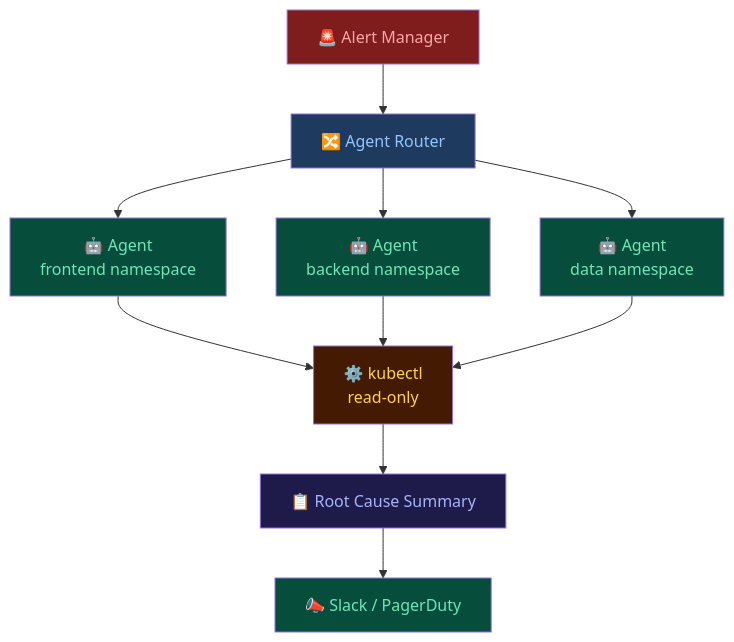
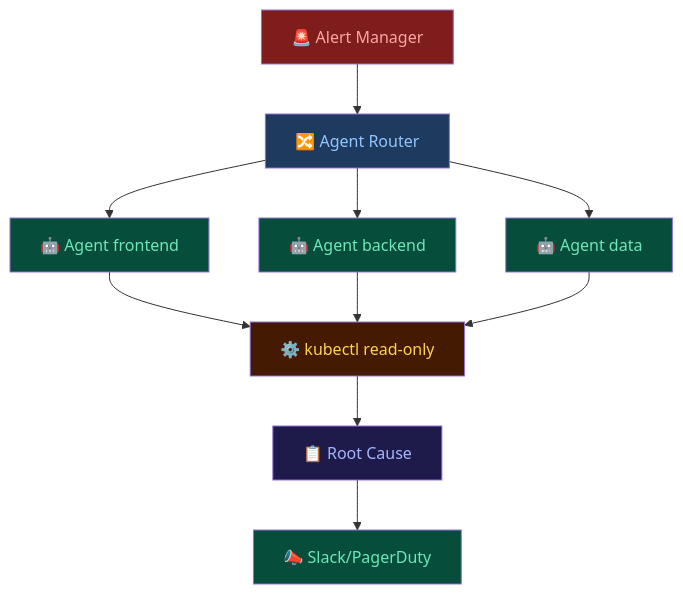
Before and after one commit to Rakshitha-cpu/Rakshitha-cpu-H2H-Bright-Bits-Agentic-AI-Ops-Assistant-for-Kubernetes-Clusters: the second of 2 diagrams in README.md, drawn with Mermaid. The commit also changed other lines of this file, not shown here.

````diff
--- a/README.md
+++ b/README.md
@@ -232,21 +260,21 @@
 ```mermaid
 flowchart TD
     A[🚨 Alert Manager] --> B[🔀 Agent Router]
-    B --> C[🤖 Agent\nfrontend namespace]
-    B --> D[🤖 Agent\nbackend namespace]
-    B --> E[🤖 Agent\ndata namespace]
-    C --> F[⚙️ kubectl\nread-only]
+    B --> C[🤖 Agent frontend]
+    B --> D[🤖 Agent backend]
+    B --> E[🤖 Agent data]
+    C --> F[⚙️ kubectl read-only]
     D --> F
     E --> F
-    F --> G[📋 Root Cause Summary]
-    G --> H[📣 Slack / PagerDuty]
+    F --> G[📋 Root Cause]
+    G --> H[📣 Slack/PagerDuty]
 
     style A fill:#7f1d1d,color:#fca5a5
     style B fill:#1e3a5f,color:#93c5fd
     style C fill:#064e3b,color:#6ee7b7
     style D fill:#064e3b,color:#6ee7b7
     style E fill:#064e3b,color:#6ee7b7
     style F fill:#451a03,color:#fcd34d
     style G fill:#1e1b4b,color:#a5b4fc
     style H fill:#064e3b,color:#6ee7b7
 ```
````
